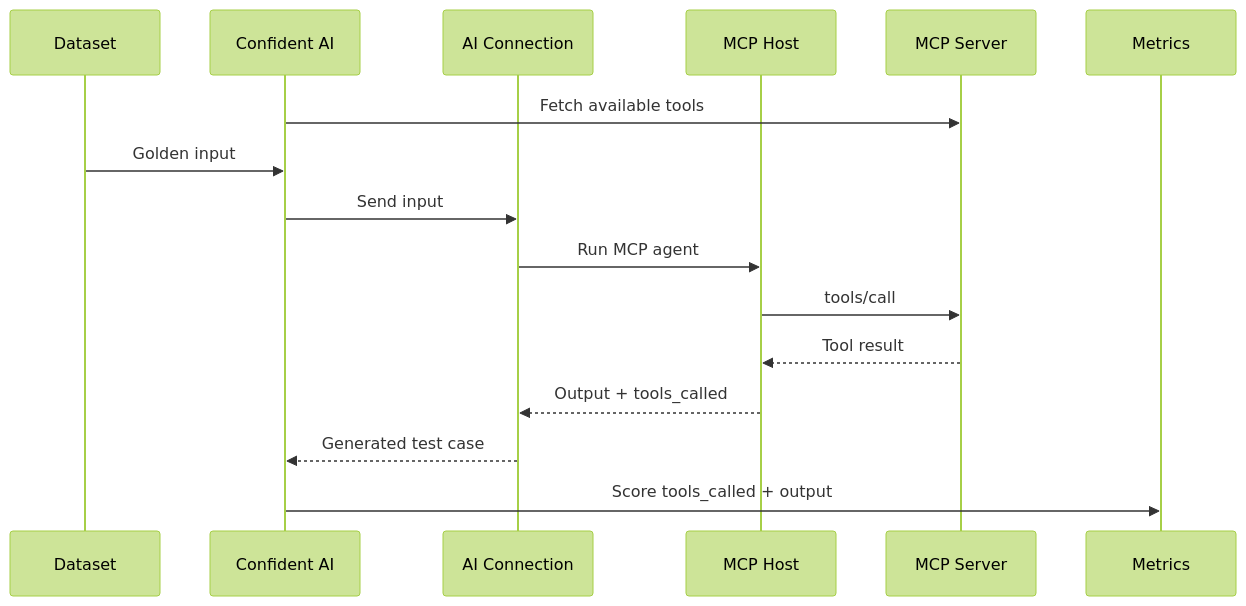
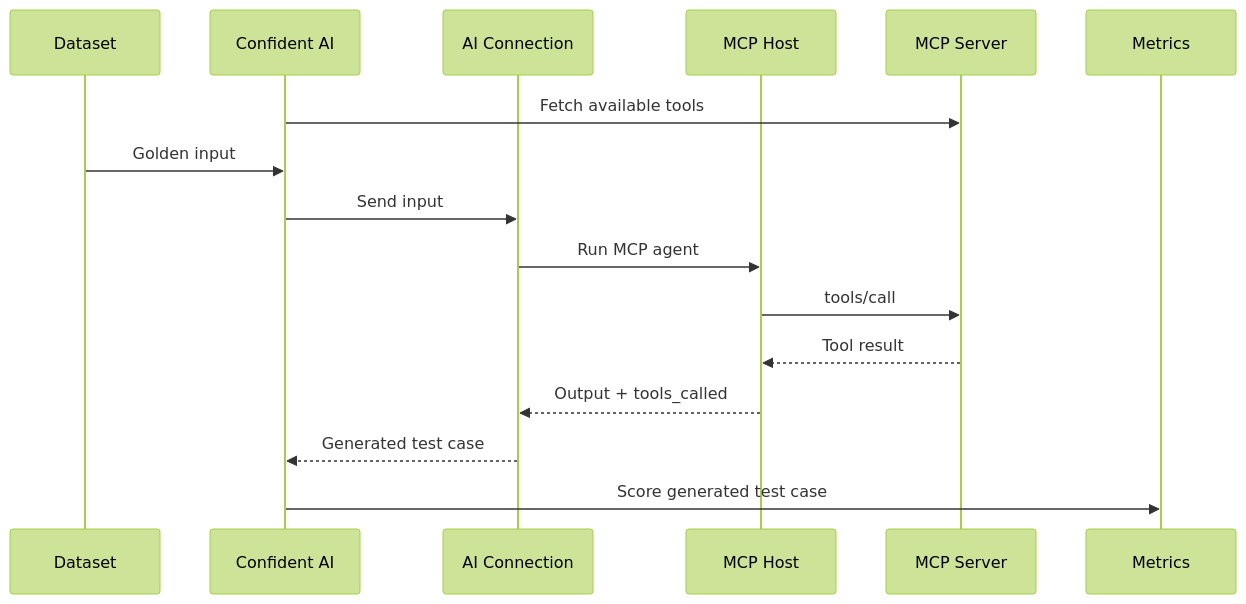
Before and after one commit to confident-ai/confident-docs: the fourth of 4 diagrams in fern/docs/pages/guides/evaluating-mcp.mdx, drawn with Mermaid (forest theme). The commit also changed other lines of this file, not shown here.

````diff
--- a/fern/docs/pages/guides/evaluating-mcp.mdx
+++ b/fern/docs/pages/guides/evaluating-mcp.mdx
@@ -287,19 +281,19 @@
 ```mermaid
 sequenceDiagram
     participant Dataset as Dataset
     participant Confident as Confident AI
     participant Connection as AI Connection
     participant Host as MCP Host
     participant Server as MCP Server
     participant Metrics as Metrics
 
     Confident->>Server: Fetch available tools
     Dataset->>Confident: Golden input
     Confident->>Connection: Send input
     Connection->>Host: Run MCP agent
     Host->>Server: tools/call
     Server-->>Host: Tool result
     Host-->>Connection: Output + tools_called
     Connection-->>Confident: Generated test case
-    Confident->>Metrics: Score tools_called + output
+    Confident->>Metrics: Score generated test case
 ```
````
